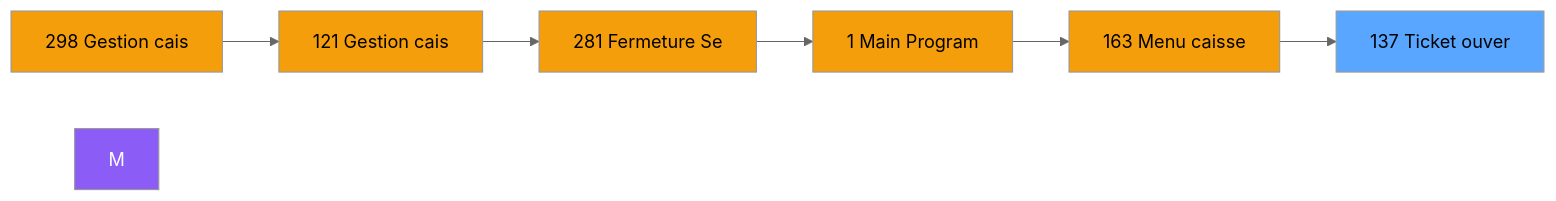
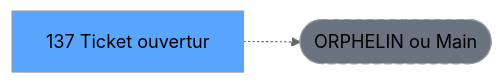
Before and after one commit to thonyAGP/lecteur-magic: the second of 3 diagrams in .openspec/renders/ADH-IDE-137.md, drawn with Mermaid (neutral theme). The commit also changed other lines of this file and 701 other files, not shown here.

````diff
--- a/.openspec/renders/ADH-IDE-137.md
+++ b/.openspec/renders/ADH-IDE-137.md
@@ -122,21 +124,8 @@
 ```mermaid
 graph LR
-    N298[298 Gestion cais]
-    N121[121 Gestion cais]
-    N281[281 Fermeture Se]
-    N1[1 Main Program]
-    N163[163 Menu caisse ]
-    T[137 Ticket ouver]
-    N298 --> N121
-    N121 --> N281
-    N281 --> N1
-    N1 --> N163
-    N163 --> T
-    style M fill:#8b5cf6,color:#fff
-    style N298 fill:#f59e0b
-    style N121 fill:#f59e0b
-    style N281 fill:#f59e0b
-    style N1 fill:#f59e0b
-    style N163 fill:#f59e0b
+    T[137 Ticket ouvertur]
+    ORPHAN([ORPHELIN ou Main])
+    T -.-> ORPHAN
     style T fill:#58a6ff,color:#000
+    style ORPHAN fill:#6b7280,stroke-dasharray: 5 5
 ```
````
